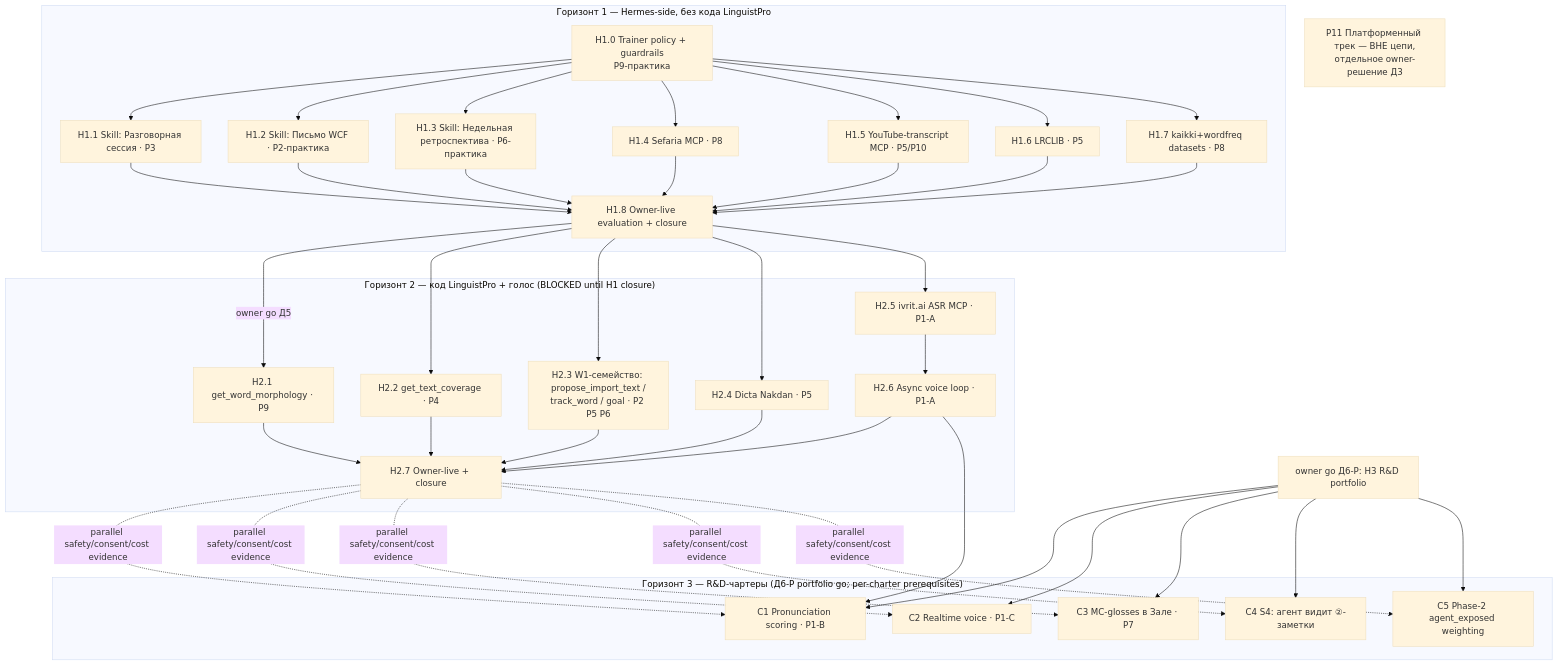
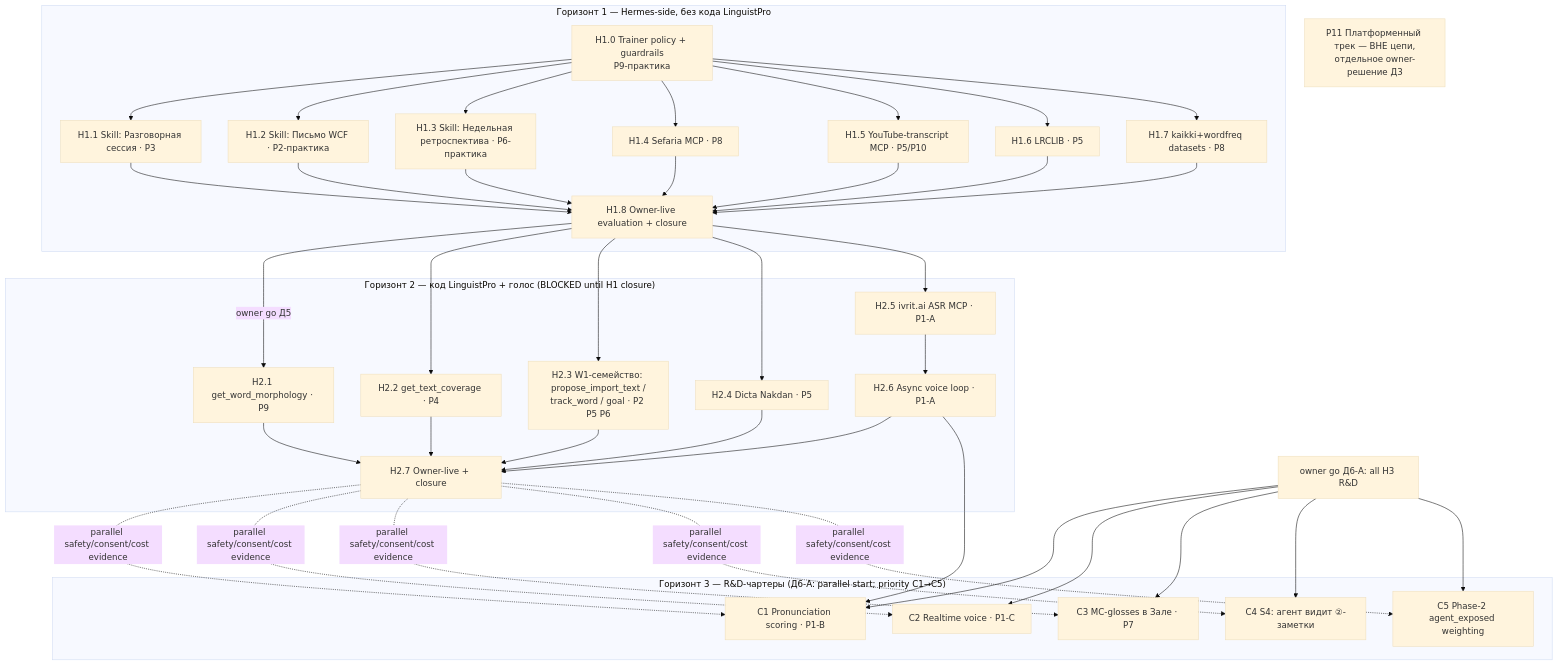
The diagram in docs/planning/hermes-education-scaleup/2026-07-21/02_PROGRAM_DEPENDENCY_AND_SEQUENCE.md (SindromRadioSpb/tts-prototype-android), drawn with Mermaid (base theme) before and after one commit. The commit also changed other lines of this file and 11 other files, not shown here.

Commit message:
docs(h3): unblock parallel charter research

````diff
--- a/docs/planning/hermes-education-scaleup/2026-07-21/02_PROGRAM_DEPENDENCY_AND_SEQUENCE.md
+++ b/docs/planning/hermes-education-scaleup/2026-07-21/02_PROGRAM_DEPENDENCY_AND_SEQUENCE.md
@@ -5,42 +5,42 @@
 ```mermaid
 flowchart TB
   subgraph H1["Горизонт 1 — Hermes-side, без кода LinguistPro"]
     H10[H1.0 Trainer policy + guardrails<br/>P9-практика]
     H11[H1.1 Skill: Разговорная сессия · P3]
     H12[H1.2 Skill: Письмо WCF · P2-практика]
     H13[H1.3 Skill: Недельная ретроспектива · P6-практика]
     H14[H1.4 Sefaria MCP · P8]
     H15[H1.5 YouTube-transcript MCP · P5/P10]
     H16[H1.6 LRCLIB · P5]
     H17[H1.7 kaikki+wordfreq datasets · P8]
     H18[H1.8 Owner-live evaluation + closure]
     H10 --> H11 & H12 & H13
     H10 --> H14 & H15 & H16 & H17
     H11 & H12 & H13 & H14 & H15 & H16 & H17 --> H18
   end
   subgraph H2["Горизонт 2 — код LinguistPro + голос (BLOCKED until H1 closure)"]
     H21[H2.1 get_word_morphology · P9]
     H22[H2.2 get_text_coverage · P4]
     H23[H2.3 W1-семейство: propose_import_text /<br/>track_word / goal · P2 P5 P6]
     H24[H2.4 Dicta Nakdan · P5]
     H25[H2.5 ivrit.ai ASR MCP · P1-A]
     H26[H2.6 Async voice loop · P1-A]
     H27[H2.7 Owner-live + closure]
     H25 --> H26
     H21 & H22 & H23 & H24 & H26 --> H27
   end
-  subgraph H3["Горизонт 3 — R&D-чартеры (Д6-P portfolio go; per-charter prerequisites)"]
+  subgraph H3["Горизонт 3 — R&D-чартеры (Д6-A: parallel start; priority C1→C5)"]
     C1[C1 Pronunciation scoring · P1-B]
     C2[C2 Realtime voice · P1-C]
     C3[C3 MC-glosses в Зале · P7]
     C4[C4 S4: агент видит ②-заметки]
     C5[C5 Phase-2 agent_exposed weighting]
   end
   H18 -->|owner go Д5| H21
   H18 --> H22 & H23 & H24 & H25
-  D6P[owner go Д6-P: H3 R&D portfolio]
-  D6P --> C1 & C2 & C3 & C4 & C5
+  D6A[owner go Д6-A: all H3 R&D]
+  D6A --> C1 & C2 & C3 & C4 & C5
   H27 -. parallel safety/consent/cost evidence .-> C1 & C2 & C3 & C4 & C5
   H26 --> C1
   P11[P11 Платформенный трек — ВНЕ цепи,<br/>отдельное owner-решение Д3]
 ```
````
